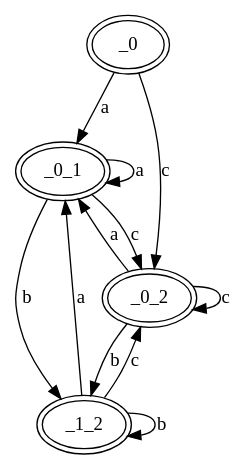
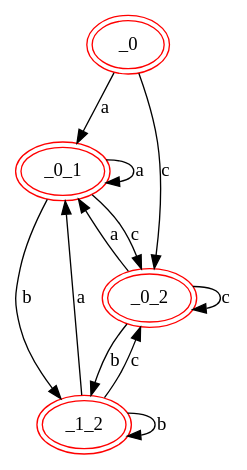
Before and after one commit to MoussTach/univ-lr__Compilation__TEA: the diagram in src/determinizedGraph.dot, drawn with Graphviz. The commit also changed 3 other files, not shown here.

```diff
--- a/src/determinizedGraph.dot
+++ b/src/determinizedGraph.dot
@@ -1,18 +1,23 @@
 digraph G {
 _0->_0_1 [label="a"]
 _0->_0_2 [label="c"]
 _0_1->_0_1 [label="a"]
 _0_1->_1_2 [label="b"]
 _0_1->_0_2 [label="c"]
 _0_2->_0_1 [label="a"]
 _0_2->_1_2 [label="b"]
 _0_2->_0_2 [label="c"]
 _1_2->_0_1 [label="a"]
 _1_2->_1_2 [label="b"]
 _1_2->_0_2 [label="c"]
 _0 [peripheries=2]
 _0_1 [peripheries=2]
 _0_2 [peripheries=2]
 _0_2 [peripheries=2]
 _1_2 [peripheries=2]
+_0 [color=red]
+_0_1 [color=red]
+_0_2 [color=red]
+_0_2 [color=red]
+_1_2 [color=red]
 }
```
